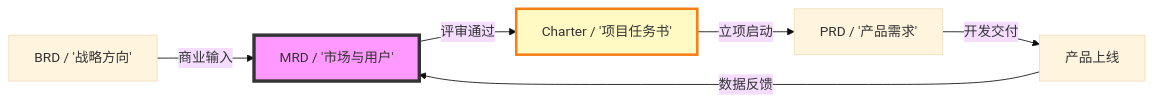
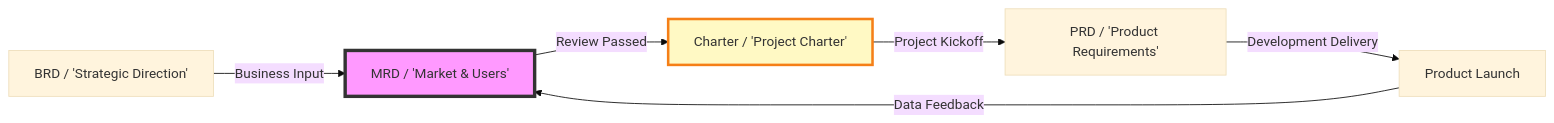
The first of 18 diagrams in templates/产品/战略层/【模板】市场需求文档.md (Kirky-X/cangjie), drawn with Mermaid (base theme) before and after one commit. The commit also changed other lines of this file and 46 other files, not shown here.

````diff
--- a/templates/产品/战略层/【模板】市场需求文档.md
+++ b/templates/产品/战略层/【模板】市场需求文档.md
@@ -25,11 +25,11 @@
 ```mermaid
 graph LR
-    A[BRD / '战略方向'] -->|商业输入| B[MRD / '市场与用户']
-    B -->|评审通过| C[Charter / '项目任务书']
-    C -->|立项启动| D[PRD / '产品需求']
-    D -->|开发交付| E[产品上线]
-    E -->|数据反馈| B
+    A[BRD / 'Strategic Direction'] -->|Business Input| B[MRD / 'Market & Users']
+    B -->|Review Passed| C[Charter / 'Project Charter']
+    C -->|Project Kickoff| D[PRD / 'Product Requirements']
+    D -->|Development Delivery| E[Product Launch]
+    E -->|Data Feedback| B
 
     style B fill:#f9f,stroke:#333,stroke-width:4px
     style C fill:#fff9c4,stroke:#f57f17,stroke-width:3px
 ```
````
